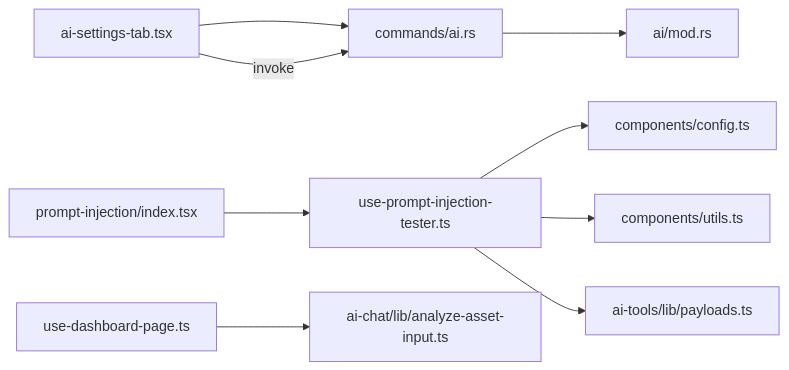
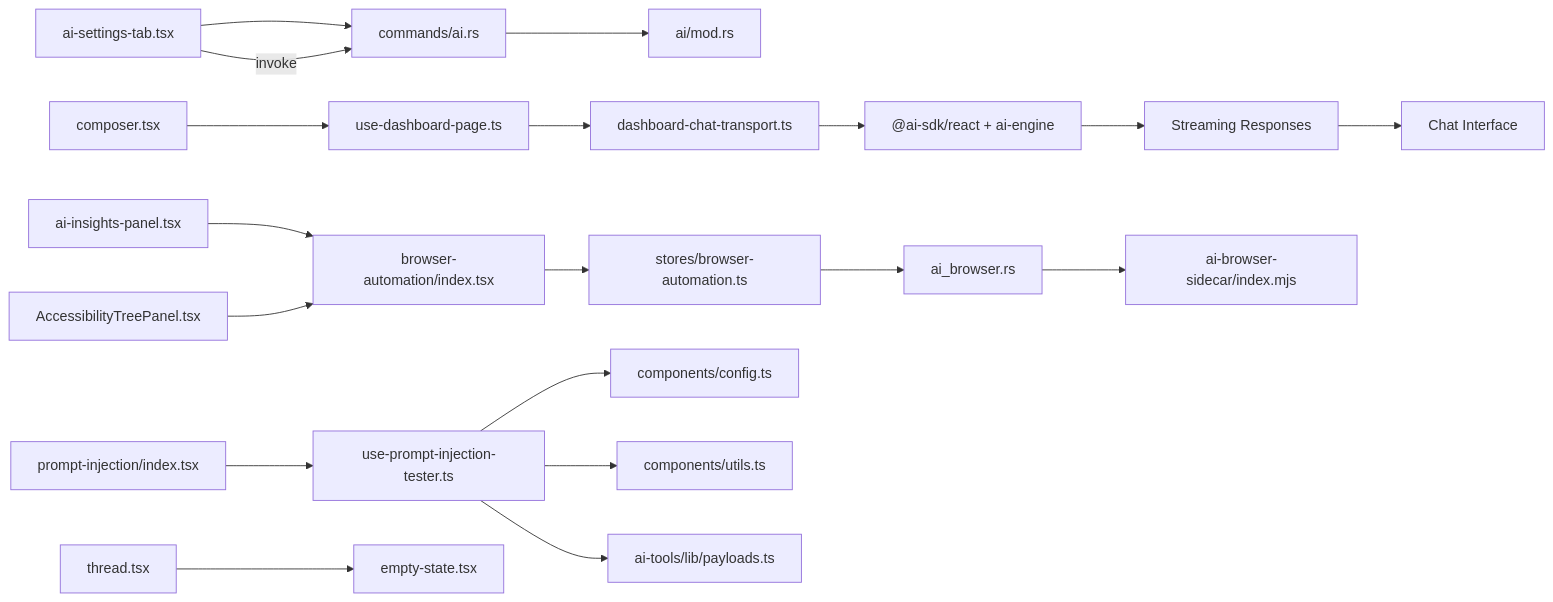
Before and after one commit to arhamymr/hexbuffer: diagram 11 of 11 in .qoder/repowiki/en/content/AI Integration/AI Integration.md, drawn with Mermaid. The commit also changed other lines of this file and 21 other files, not shown here.

````diff
--- a/.qoder/repowiki/en/content/AI Integration/AI Integration.md
+++ b/.qoder/repowiki/en/content/AI Integration/AI Integration.md
@@ -304,11 +533,21 @@
 ```mermaid
 graph LR
 UISET["ai-settings-tab.tsx"] --> CMD["commands/ai.rs"]
 CMD --> AI["ai/mod.rs"]
 UISET --> |"invoke"| CMD
+CHAT["use-dashboard-page.ts"] --> TRANSPORT["dashboard-chat-transport.ts"]
+TRANSPORT --> ENGINE["@ai-sdk/react + ai-engine"]
+ENGINE --> STREAM["Streaming Responses"]
+STREAM --> UI["Chat Interface"]
+BROWSE["browser-automation/index.tsx"] --> STORE["stores/browser-automation.ts"]
+STORE --> AIB["ai_browser.rs"]
+AIB --> SIDECAR["ai-browser-sidecar/index.mjs"]
+INSIGHTS["ai-insights-panel.tsx"] --> BROWSE
+ACCESS["AccessibilityTreePanel.tsx"] --> BROWSE
 PINJ["prompt-injection/index.tsx"] --> PINJUSE["use-prompt-injection-tester.ts"]
 PINJUSE --> PINJCFG["components/config.ts"]
 PINJUSE --> UTILS["components/utils.ts"]
 PINJUSE --> PAY["ai-tools/lib/payloads.ts"]
-DASH["use-dashboard-page.ts"] --> ANL["ai-chat/lib/analyze-asset-input.ts"]
+THREAD["thread.tsx"] --> EMPTY["empty-state.tsx"]
+COMPOSER["composer.tsx"] --> CHAT
 ```
````
